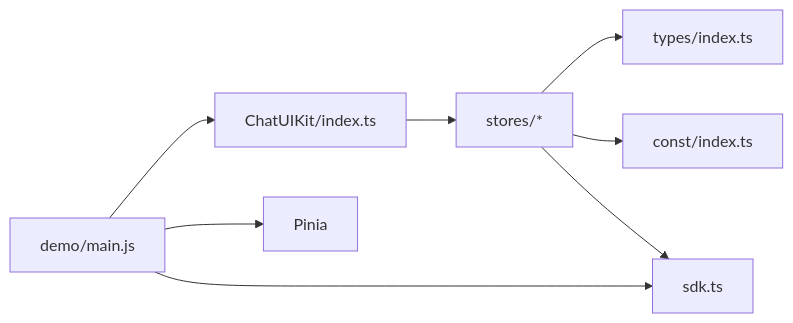
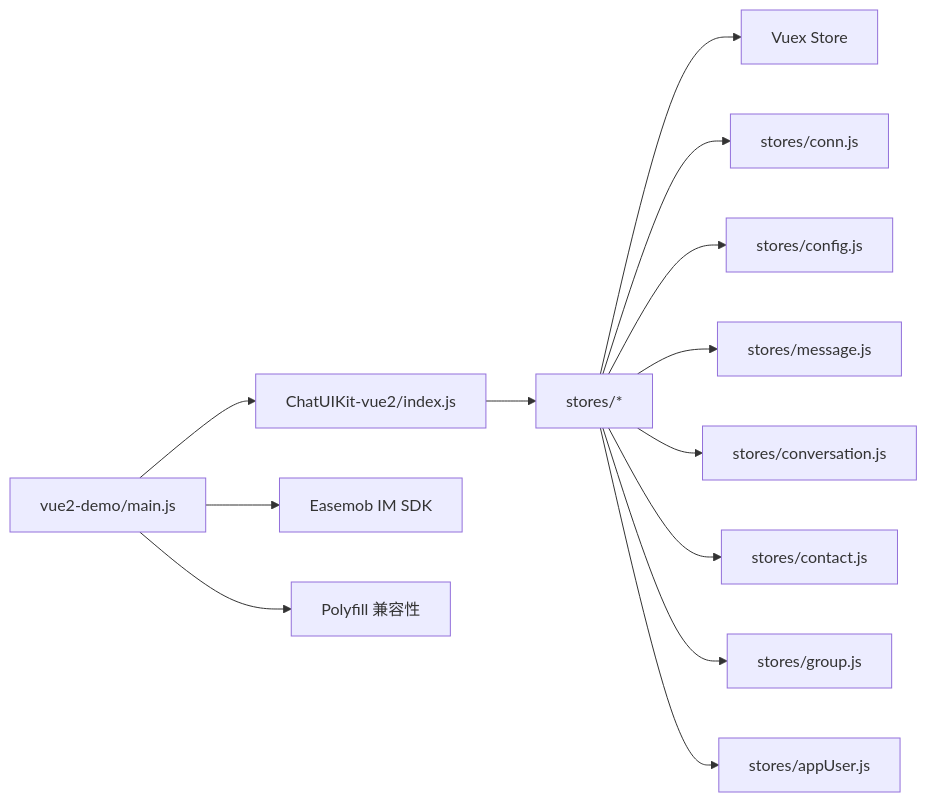
The sixth of 8 diagrams in .qoder/repowiki/zh/content/核心架构/核心架构.md (Easemob-Community/easemob-uikit-uniapp-community), drawn with Mermaid before and after one commit. The commit also changed other lines of this file and 14 other files, not shown here.

First line of the commit message:
docs(vue2): 添加平台兼容性说明，强调仅支持 H5/App/微信小程序

````diff
--- a/.qoder/repowiki/zh/content/核心架构/核心架构.md
+++ b/.qoder/repowiki/zh/content/核心架构/核心架构.md
@@ -319,10 +386,15 @@
 ```mermaid
 graph LR
-Demo["demo/main.js"] --> ChatKIT["ChatUIKit/index.ts"]
-ChatKIT --> Stores["stores/*"]
-Stores --> Types["types/index.ts"]
-Stores --> Const["const/index.ts"]
-Stores --> SDKWrap["sdk.ts"]
-Demo --> SDKWrap
-Demo --> Pinia["Pinia"]
+Demo["vue2-demo/main.js"] --> ChatUIKit["ChatUIKit-vue2/index.js"]
+ChatUIKit --> Stores["stores/*"]
+Stores --> Vuex["Vuex Store"]
+Stores --> ConnStore["stores/conn.js"]
+Stores --> ConfigStore["stores/config.js"]
+Stores --> MessageStore["stores/message.js"]
+Stores --> ConversationStore["stores/conversation.js"]
+Stores --> ContactStore["stores/contact.js"]
+Stores --> GroupStore["stores/group.js"]
+Stores --> AppUserStore["stores/appUser.js"]
+Demo --> SDK["Easemob IM SDK"]
+Demo --> Polyfill["Polyfill 兼容性"]
 ```
````
